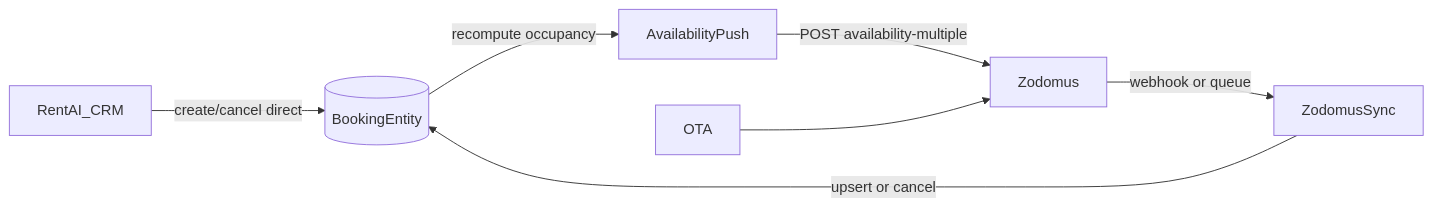
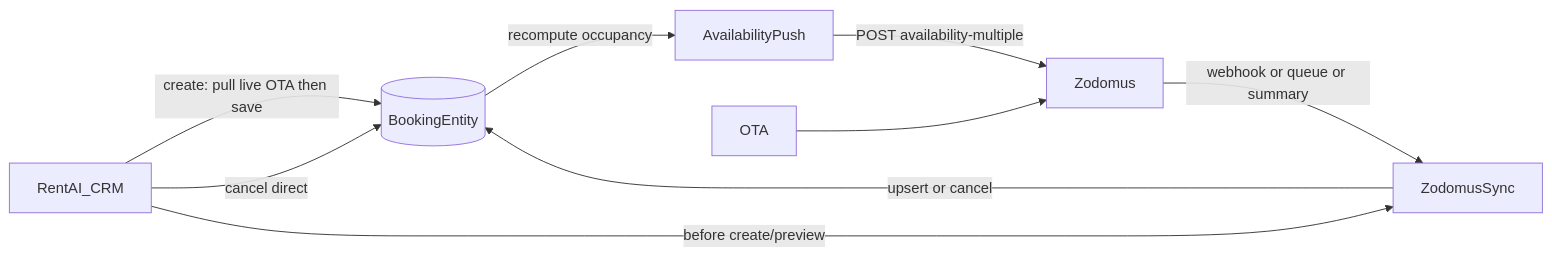
One commit to Andmodule/YRRENTai changed the diagram in doc/zodomus/BOOKING-FLOW.md. Above: the diagram before and after it, drawn with Mermaid. The commit also changed other lines of this file and 26 other files, not shown here.

First line of the commit message:
fix(calendar): grid hit-test, week nav, live OTA pull before direct booking

````diff
--- a/doc/zodomus/BOOKING-FLOW.md
+++ b/doc/zodomus/BOOKING-FLOW.md
@@ -18,9 +18,11 @@
 ```mermaid
 flowchart LR
-  CRM[RentAI_CRM] -->|"create/cancel direct"| BookingDB[(BookingEntity)]
+  CRM[RentAI_CRM] -->|"create: pull live OTA then save"| BookingDB[(BookingEntity)]
+  CRM -->|"cancel direct"| BookingDB
   BookingDB -->|"recompute occupancy"| AvailabilityPush[AvailabilityPush]
   AvailabilityPush -->|"POST availability-multiple"| Zodomus[Zodomus]
   OTA[OTA] --> Zodomus
-  Zodomus -->|"webhook or queue"| Sync[ZodomusSync]
+  Zodomus -->|"webhook or queue or summary"| Sync[ZodomusSync]
   Sync -->|"upsert or cancel"| BookingDB
+  CRM -->|"before create/preview"| Sync
 ```
````
